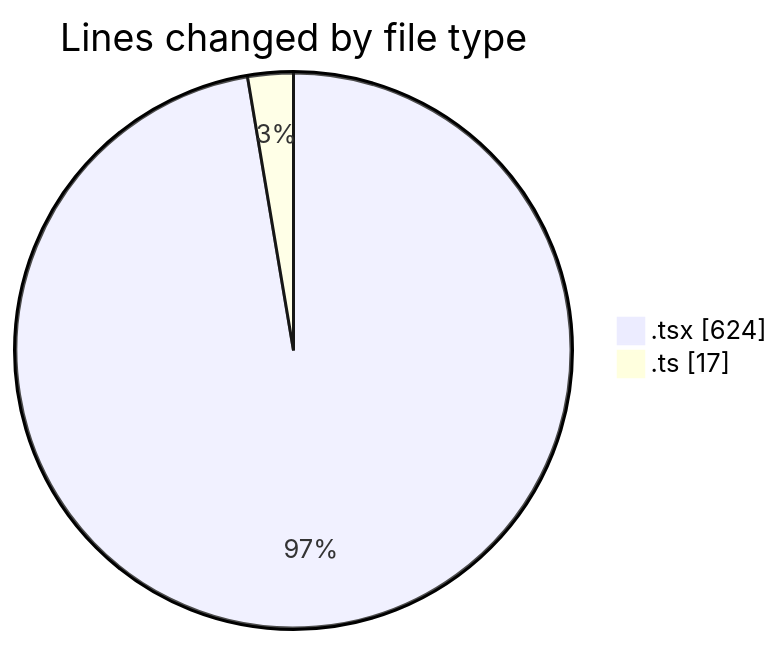
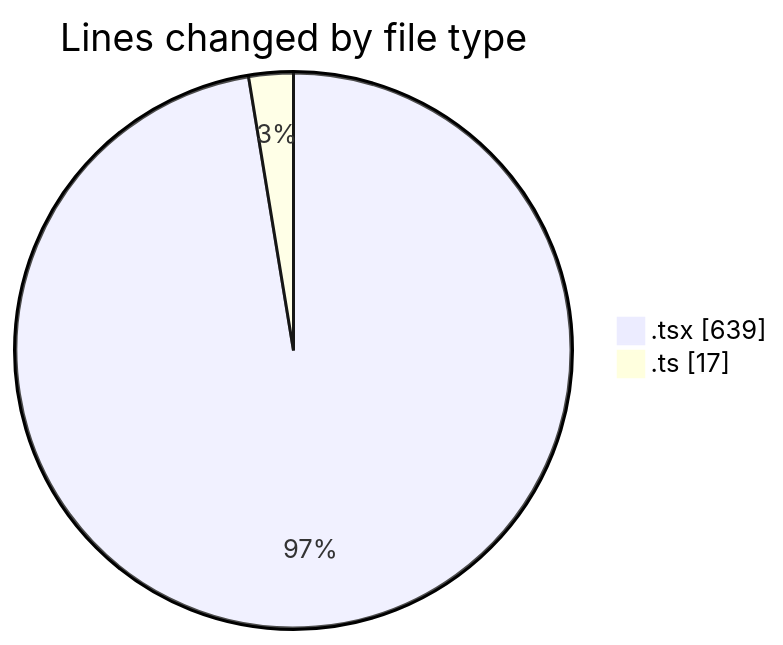
One commit to momahboobian/code-tracking changed the first of 2 diagrams in 2025-04-02/cda/README.md. Above: the diagram before and after it, drawn with Mermaid. The commit also changed other lines of this file and 1 other file, not shown here.

````diff
--- a/2025-04-02/cda/README.md
+++ b/2025-04-02/cda/README.md
@@ -23,6 +23,6 @@
 ```mermaid
 pie showData
 title Lines changed by file type
-".tsx" : 624
+".tsx" : 639
 ".ts" : 17
 ```
````
